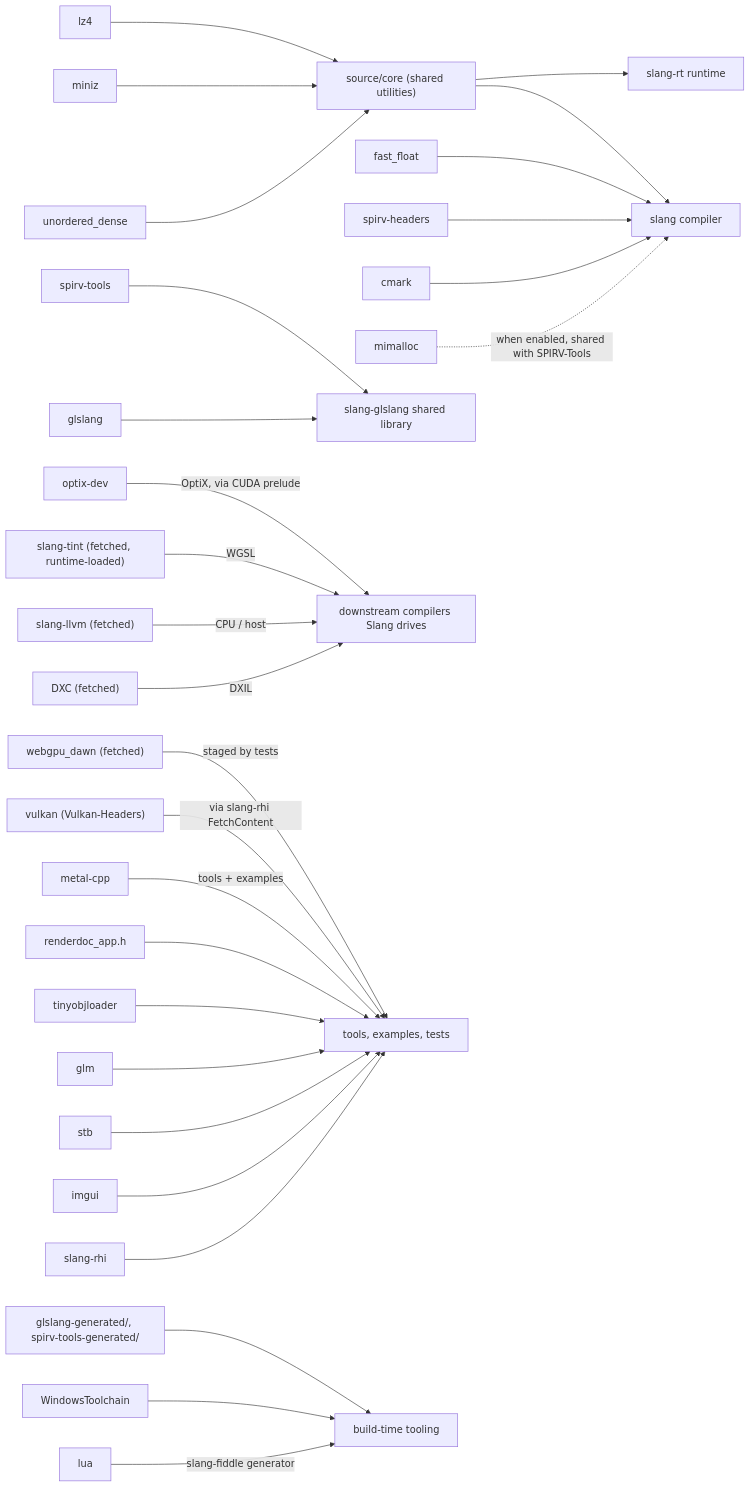
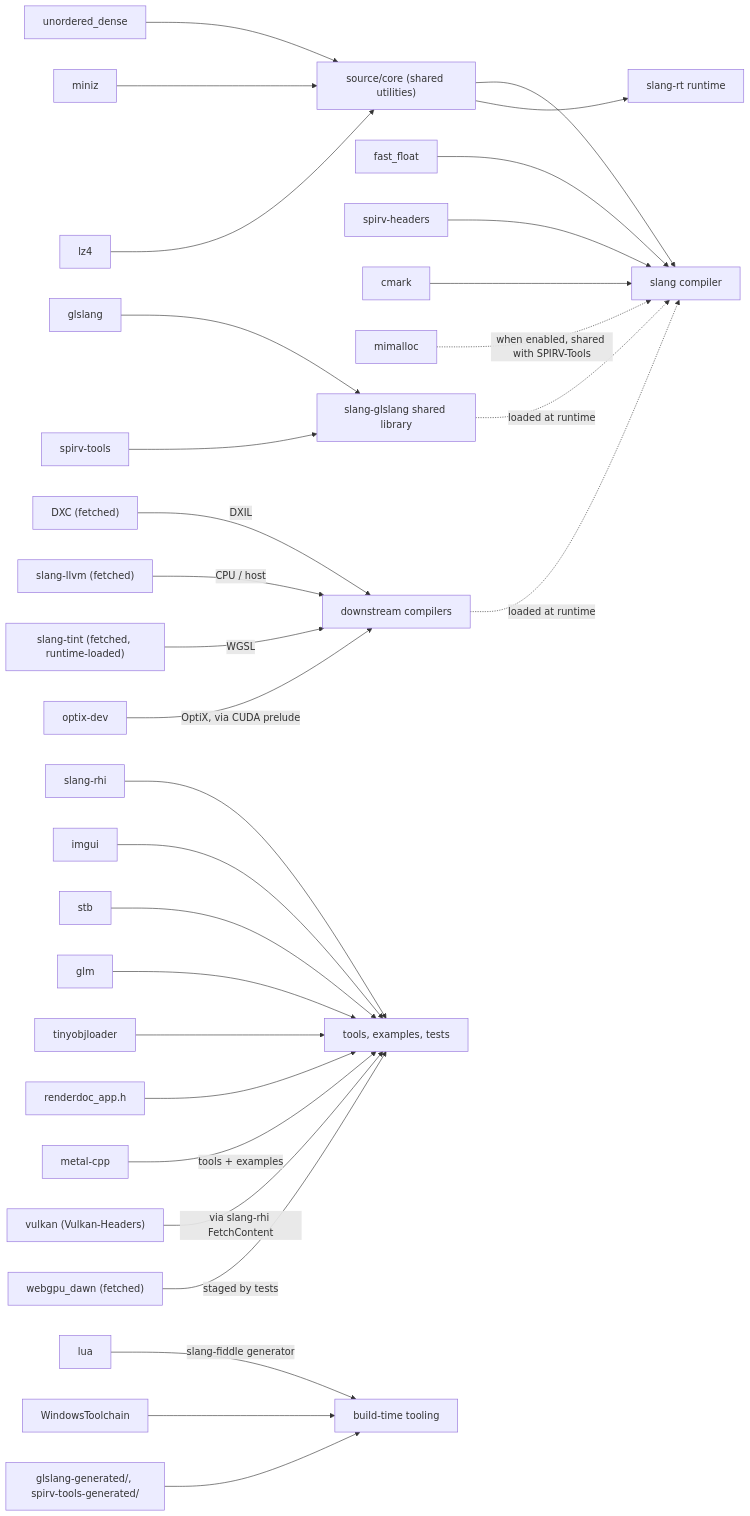
The diagram in external/README.md (shader-slang/slang), drawn with Mermaid before and after one commit.

Commit message:
Show runtime-loaded dependencies as dotted edges in the mermaid chart
Per @jkwak-work's review on PR #12178: add dotted "loaded at runtime" edges
from the slang-glslang shared library and the downstream compilers to the slang
compiler node, and shorten the "downstream compilers Slang drives" label to
"downstream compilers".

````diff
--- a/external/README.md
+++ b/external/README.md
@@ -116,24 +116,26 @@
 ```mermaid
 flowchart LR
     unordered_dense & miniz & lz4 --> corelib["source/core (shared utilities)"]
     corelib --> slang["slang compiler"]
     corelib --> slangrt["slang-rt runtime"]
     fast_float & spirv_headers["spirv-headers"] & cmark --> slang
     mimalloc -.->|when enabled, shared with SPIRV-Tools| slang
 
     glslang & spirv_tools["spirv-tools"] --> glslang_lib["slang-glslang shared library"]
+    glslang_lib -.->|loaded at runtime| slang
 
-    dxc["DXC (fetched)"] -->|DXIL| downstream["downstream compilers Slang drives"]
+    dxc["DXC (fetched)"] -->|DXIL| downstream["downstream compilers"]
     slang_llvm["slang-llvm (fetched)"] -->|CPU / host| downstream
     slang_tint["slang-tint (fetched, runtime-loaded)"] -->|WGSL| downstream
     optix_dev["optix-dev"] -->|OptiX, via CUDA prelude| downstream
+    downstream -.->|loaded at runtime| slang
 
     slang_rhi["slang-rhi"] & imgui & stb & glm & tinyobjloader & renderdoc["renderdoc_app.h"] --> tools["tools, examples, tests"]
     metal_cpp["metal-cpp"] -->|tools + examples| tools
     vulkan["vulkan (Vulkan-Headers)"] -->|via slang-rhi FetchContent| tools
     webgpu_dawn["webgpu_dawn (fetched)"] -->|staged by tests| tools
 
     lua -->|slang-fiddle generator| build_tooling["build-time tooling"]
     WindowsToolchain --> build_tooling
     generated["glslang-generated/, spirv-tools-generated/"] --> build_tooling
 ```
````
